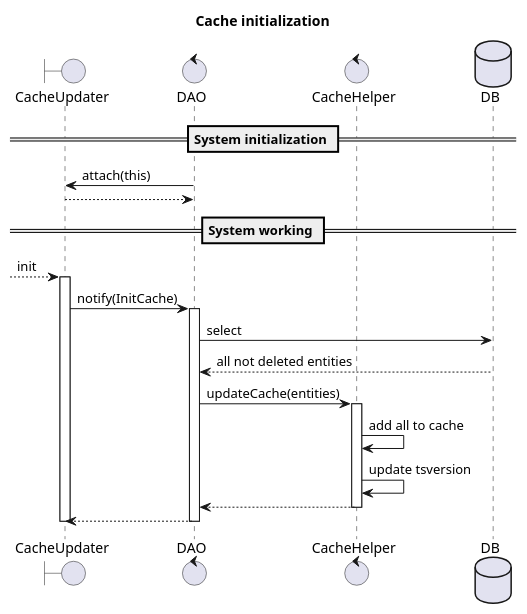
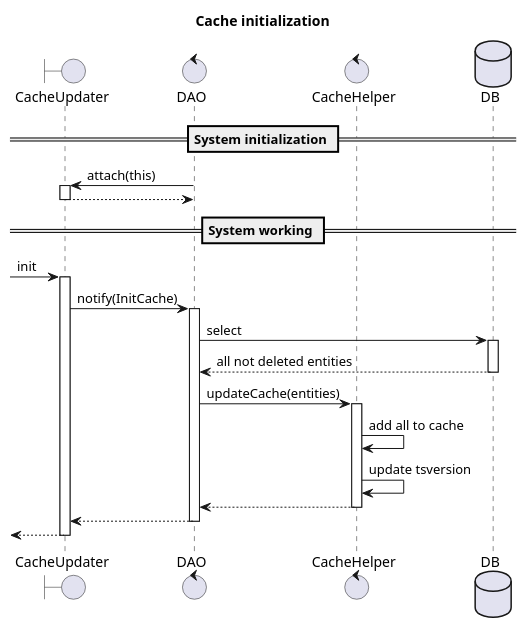
One commit to bwsw/simple-rtb-exchange changed the diagram in diagrams/cache/initialization.puml. Above: the diagram before and after it, drawn with PlantUML. The commit also changed 1 other file, not shown here.

Commit message:
#2602 - diagrams changed

```diff
--- a/diagrams/cache/initialization.puml
+++ b/diagrams/cache/initialization.puml
@@ -1,34 +1,39 @@
 @startuml
 
 title: Cache initialization
 
 boundary CacheUpdater
 control DAO
 control CacheHelper
 database DB
 
 == System initialization ==
 
 DAO -> CacheUpdater: attach(this)
+activate CacheUpdater
 DAO <-- CacheUpdater
+deactivate CacheUpdater
 
 == System working ==
 
-[--> CacheUpdater: init
+[-> CacheUpdater: init
 
 activate CacheUpdater
     CacheUpdater -> DAO: notify(InitCache)
     activate DAO
         DAO -> DB: select
+        activate DB
         DAO <-- DB: all not deleted entities
+        deactivate DB
         DAO -> CacheHelper: updateCache(entities)
         activate CacheHelper
             CacheHelper -> CacheHelper: add all to cache
             CacheHelper -> CacheHelper: update tsversion
             CacheHelper --> DAO
         deactivate CacheHelper
         DAO --> CacheUpdater
     deactivate DAO
+    [<-- CacheUpdater
 deactivate CacheUpdater
 
 @enduml
```
